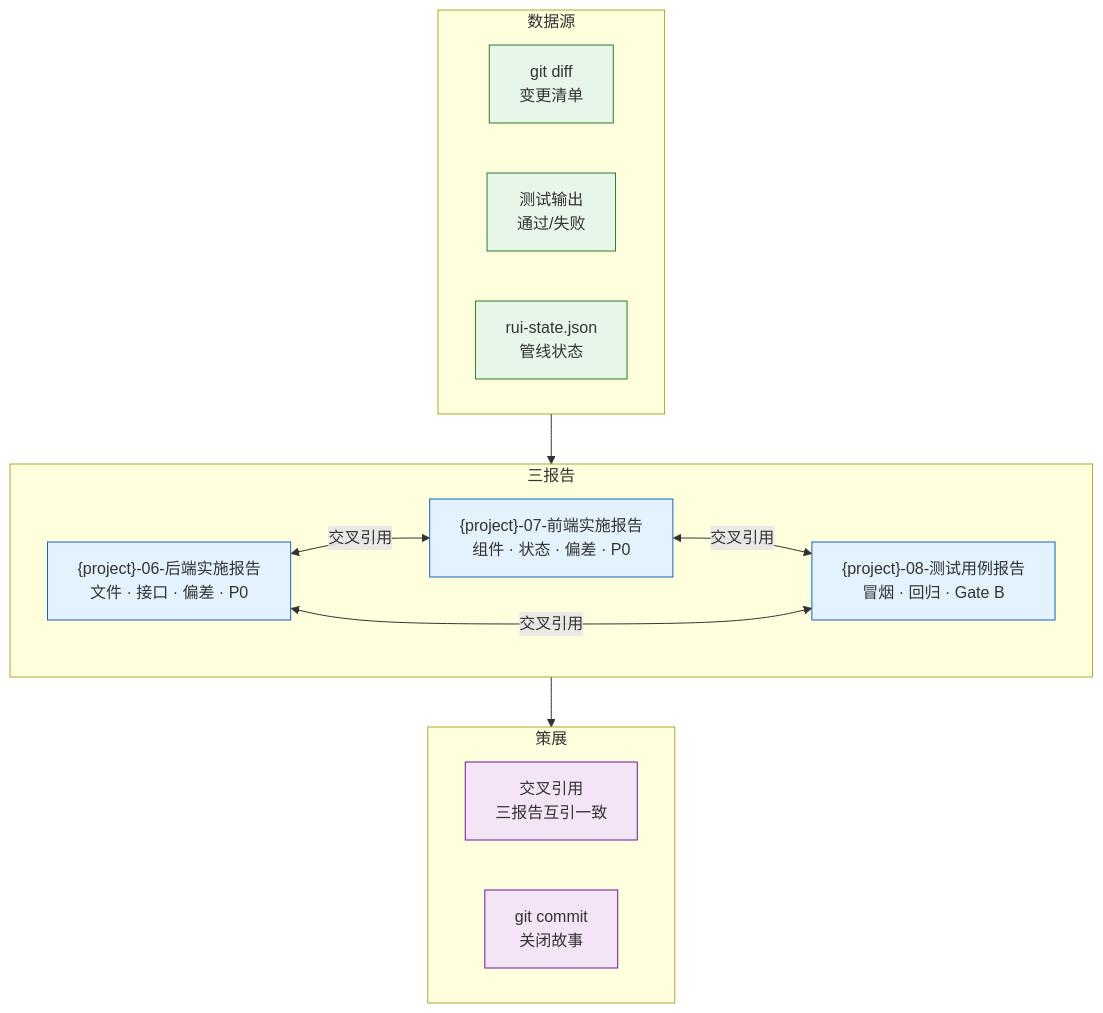
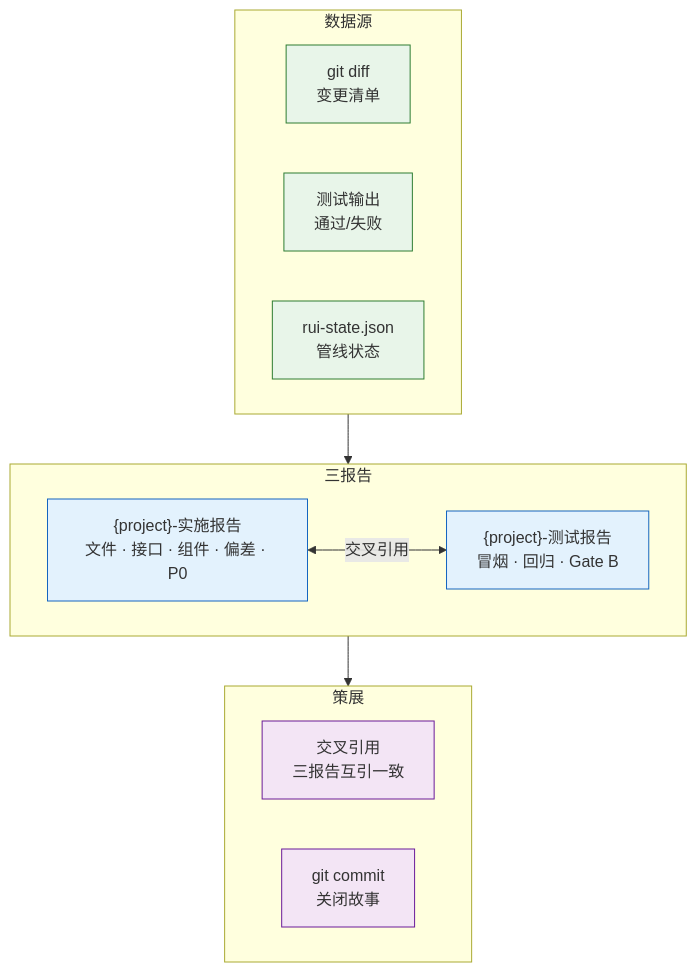
Before and after one commit to effiy/YrY: the first of 5 diagrams in agents/reporter.md, drawn with Mermaid. The commit also changed other lines of this file and 90 other files, not shown here.

````diff
--- a/agents/reporter.md
+++ b/agents/reporter.md
@@ -13,29 +13,26 @@
 ```mermaid
 flowchart TB
     subgraph 输入["数据源"]
         DIFF["git diff<br/>变更清单"]:::src
         LOG["测试输出<br/>通过/失败"]:::src
         STATE["rui-state.json<br/>管线状态"]:::src
     end
 
     subgraph 产出["三报告"]
-        B["{project}-06-后端实施报告<br/>文件 · 接口 · 偏差 · P0"]:::rpt
-        F["{project}-07-前端实施报告<br/>组件 · 状态 · 偏差 · P0"]:::rpt
-        T["{project}-08-测试用例报告<br/>冒烟 · 回归 · Gate B"]:::rpt
+        B["{project}-实施报告<br/>文件 · 接口 · 组件 · 偏差 · P0"]:::rpt
+        T["{project}-测试报告<br/>冒烟 · 回归 · Gate B"]:::rpt
     end
 
     subgraph 策展["策展"]
         CC["交叉引用<br/>三报告互引一致"]:::curate
         CM["git commit<br/>关闭故事"]:::curate
     end
 
     输入 --> 产出
-    B <-->|交叉引用| F
-    F <-->|交叉引用| T
     B <-->|交叉引用| T
     产出 --> 策展
 
     classDef src fill:#e8f5e9,stroke:#2e7d32;
     classDef rpt fill:#e3f2fd,stroke:#1565c0;
     classDef curate fill:#f3e5f5,stroke:#6a1b9a;
 ```
````
